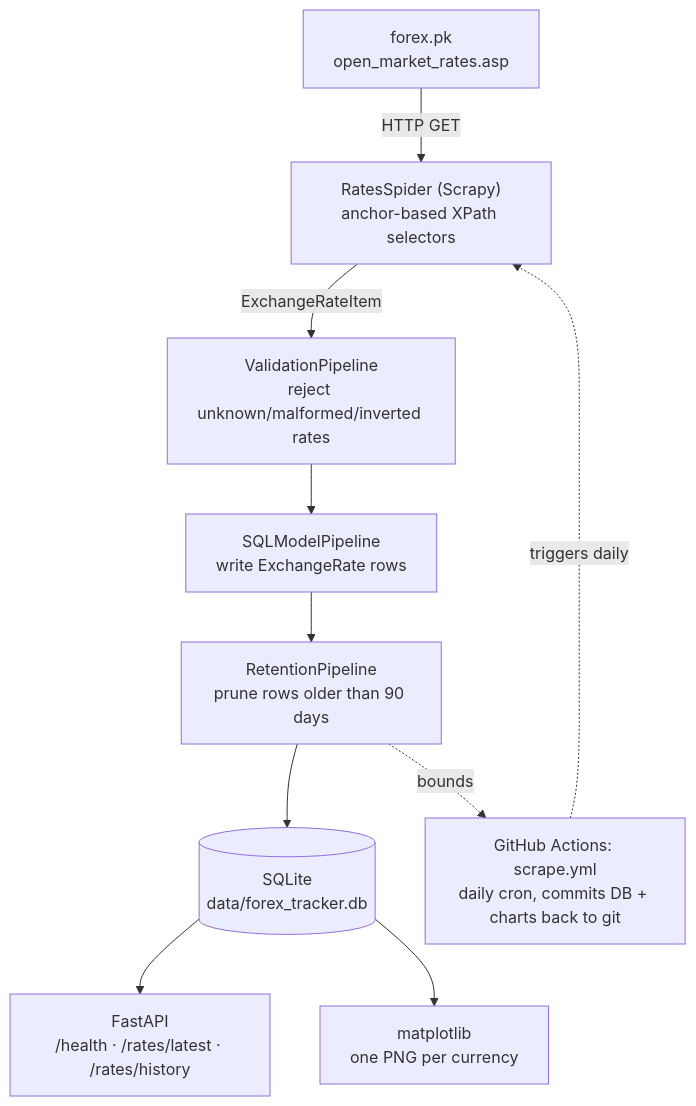
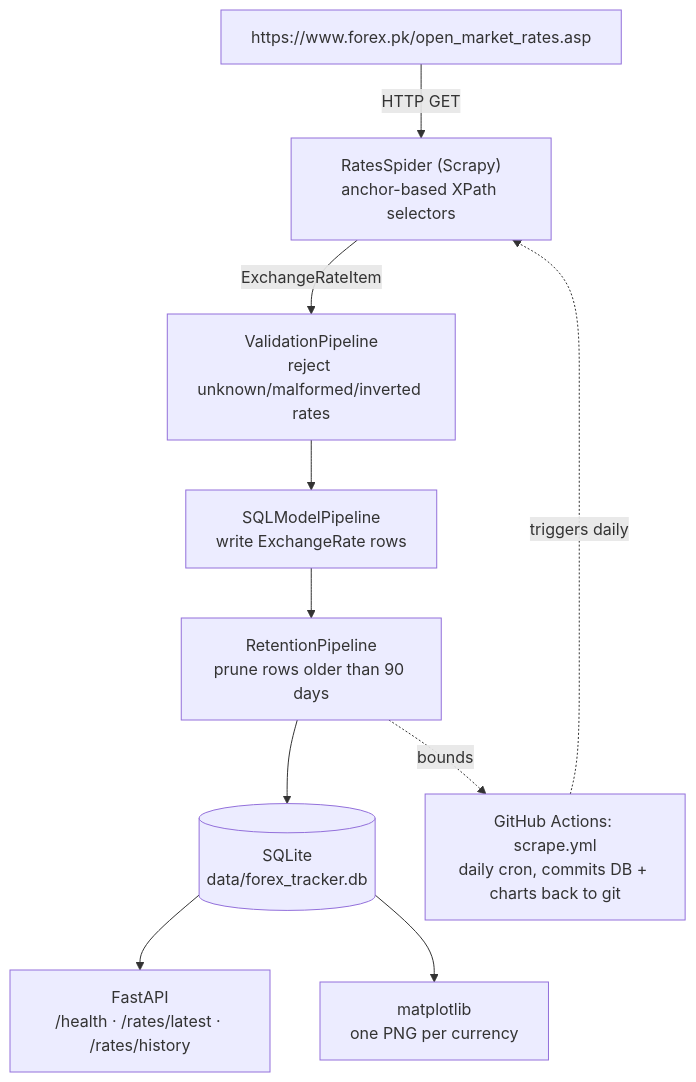
One commit to Hqasim/forex-tracker changed the diagram in README.md. Above: the diagram before and after it, drawn with Mermaid. The commit also changed other lines of this file, not shown here.

````diff
--- a/README.md
+++ b/README.md
@@ -75,22 +65,22 @@
 ```mermaid
 flowchart TD
-    Source["forex.pk<br/>open_market_rates.asp"]
+    Source["https://www.forex.pk/open_market_rates.asp"]
     Spider["RatesSpider (Scrapy)<br/>anchor-based XPath selectors"]
     Validate["ValidationPipeline<br/>reject unknown/malformed/inverted rates"]
     Persist["SQLModelPipeline<br/>write ExchangeRate rows"]
     Retain["RetentionPipeline<br/>prune rows older than 90 days"]
     DB[("SQLite<br/>data/forex_tracker.db")]
     API["FastAPI<br/>/health · /rates/latest · /rates/history"]
     Chart["matplotlib<br/>one PNG per currency"]
     CI["GitHub Actions: scrape.yml<br/>daily cron, commits DB + charts back to git"]
 
     Source -->|HTTP GET| Spider
     Spider -->|ExchangeRateItem| Validate
     Validate --> Persist
     Persist --> Retain
     Retain --> DB
     DB --> API
     DB --> Chart
     CI -.triggers daily.-> Spider
     Retain -.bounds.-> CI
 ```
````
